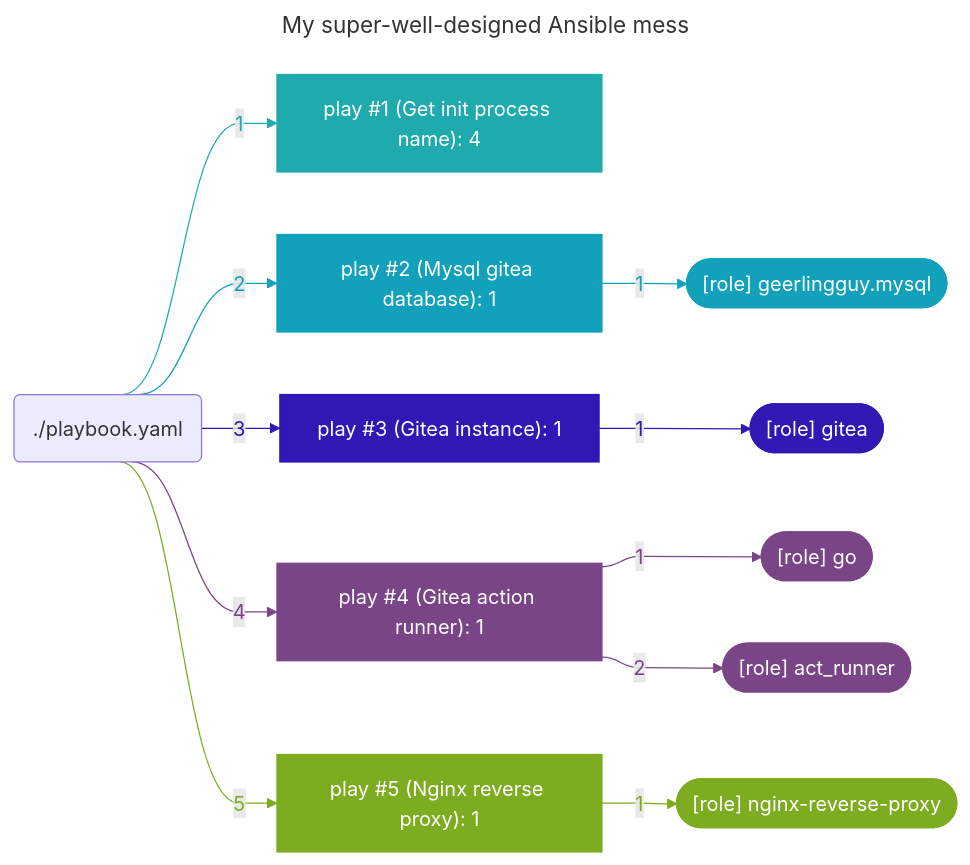
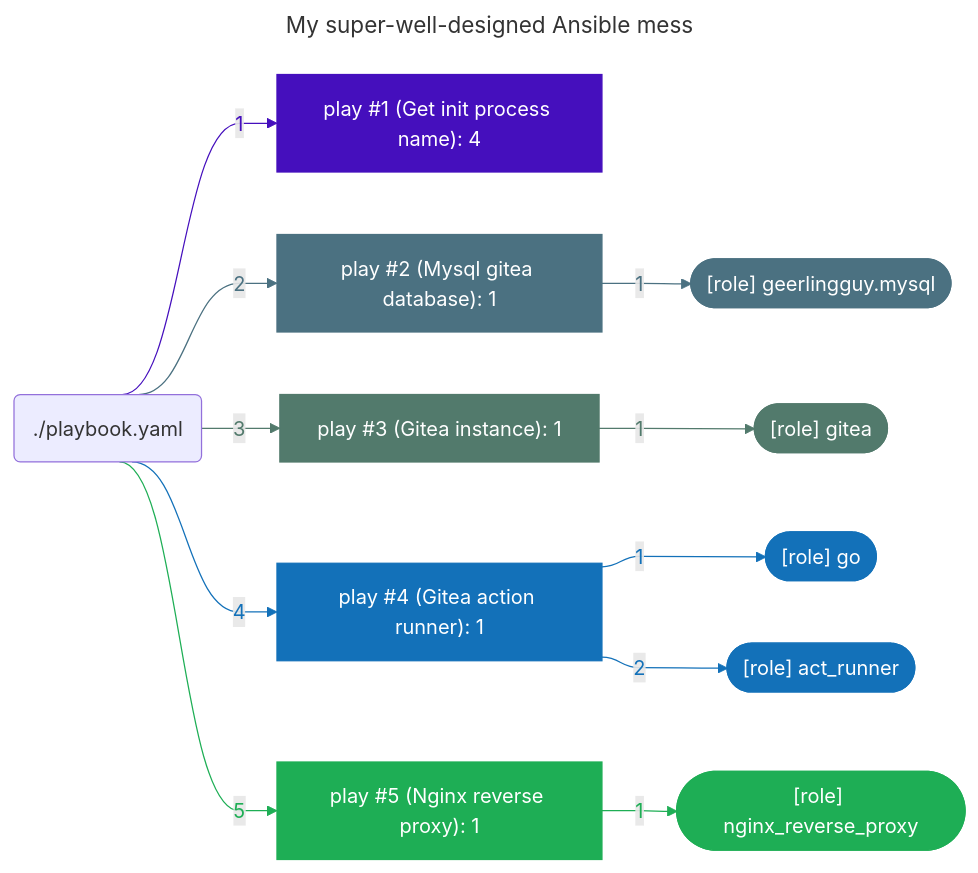
The third of 3 diagrams in README.md (boyreau/boyreau), drawn with Mermaid before and after one commit. The commit also changed other lines of this file, not shown here.

Commit message:
profile graph automatic update

````diff
--- a/README.md
+++ b/README.md
@@ -48,71 +94,71 @@
 ```mermaid
 ---
 title: "My super-well-designed Ansible mess"
 ---
 %%{ init: { "flowchart": { "curve": "bumpX" } } }%%
 flowchart LR
 	%% Start of the playbook './playbook.yaml'
-	playbook_5ab0c368("./playbook.yaml")
+	playbook_1f1583a3("./playbook.yaml")
 		%% Start of the play 'play #1 (Get init process name): 4'
-		play_7a2b1a52["play #1 (Get init process name): 4"]
-		style play_7a2b1a52 stroke:#1fabad,fill:#1fabad,color:#ffffff
-		playbook_5ab0c368 --> |"1"| play_7a2b1a52
-		linkStyle 0 stroke:#1fabad,color:#1fabad
+		play_66935978["play #1 (Get init process name): 4"]
+		style play_66935978 stroke:#450fbd,fill:#450fbd,color:#ffffff
+		playbook_1f1583a3 --> |"1"| play_66935978
+		linkStyle 0 stroke:#450fbd,color:#450fbd
 		%% End of the play 'play #1 (Get init process name): 4'
 		%% Start of the play 'play #2 (Mysql gitea database): 1'
-		play_05e8e6df["play #2 (Mysql gitea database): 1"]
-		style play_05e8e6df stroke:#11a1bb,fill:#11a1bb,color:#ffffff
-		playbook_5ab0c368 --> |"2"| play_05e8e6df
-		linkStyle 1 stroke:#11a1bb,color:#11a1bb
+		play_a13ce724["play #2 (Mysql gitea database): 1"]
+		style play_a13ce724 stroke:#4b7181,fill:#4b7181,color:#ffffff
+		playbook_1f1583a3 --> |"2"| play_a13ce724
+		linkStyle 1 stroke:#4b7181,color:#4b7181
 			%% Start of the role '[role] geerlingguy.mysql'
-			play_05e8e6df --> |"1 "| role_b706d36c
-			linkStyle 2 stroke:#11a1bb,color:#11a1bb
-			role_b706d36c(["[role] geerlingguy.mysql"])
-			style role_b706d36c fill:#11a1bb,color:#ffffff,stroke:#11a1bb
+			play_a13ce724 --> |"1 "| role_321ea4e3
+			linkStyle 2 stroke:#4b7181,color:#4b7181
+			role_321ea4e3(["[role] geerlingguy.mysql"])
+			style role_321ea4e3 fill:#4b7181,color:#ffffff,stroke:#4b7181
 			%% End of the role '[role] geerlingguy.mysql'
 		%% End of the play 'play #2 (Mysql gitea database): 1'
 		%% Start of the play 'play #3 (Gitea instance): 1'
-		play_9807b153["play #3 (Gitea instance): 1"]
-		style play_9807b153 stroke:#3018b4,fill:#3018b4,color:#ffffff
-		playbook_5ab0c368 --> |"3"| play_9807b153
-		linkStyle 3 stroke:#3018b4,color:#3018b4
+		play_c54bb46f["play #3 (Gitea instance): 1"]
+		style play_c54bb46f stroke:#527a6c,fill:#527a6c,color:#ffffff
+		playbook_1f1583a3 --> |"3"| play_c54bb46f
+		linkStyle 3 stroke:#527a6c,color:#527a6c
 			%% Start of the role '[role] gitea'
-			play_9807b153 --> |"1 "| role_d1c16844
-			linkStyle 4 stroke:#3018b4,color:#3018b4
-			role_d1c16844(["[role] gitea"])
-			style role_d1c16844 fill:#3018b4,color:#ffffff,stroke:#3018b4
+			play_c54bb46f --> |"1 "| role_d57423ee
+			linkStyle 4 stroke:#527a6c,color:#527a6c
+			role_d57423ee(["[role] gitea"])
+			style role_d57423ee fill:#527a6c,color:#ffffff,stroke:#527a6c
 			%% End of the role '[role] gitea'
 		%% End of the play 'play #3 (Gitea instance): 1'
 		%% Start of the play 'play #4 (Gitea action runner): 1'
-		play_3b628fc7["play #4 (Gitea action runner): 1"]
-		style play_3b628fc7 stroke:#7a4587,fill:#7a4587,color:#ffffff
-		playbook_5ab0c368 --> |"4"| play_3b628fc7
-		linkStyle 5 stroke:#7a4587,color:#7a4587
+		play_68d90d59["play #4 (Gitea action runner): 1"]
+		style play_68d90d59 stroke:#1371b9,fill:#1371b9,color:#ffffff
+		playbook_1f1583a3 --> |"4"| play_68d90d59
+		linkStyle 5 stroke:#1371b9,color:#1371b9
 			%% Start of the role '[role] go'
-			play_3b628fc7 --> |"1 "| role_5090f880
-			linkStyle 6 stroke:#7a4587,color:#7a4587
-			role_5090f880(["[role] go"])
-			style role_5090f880 fill:#7a4587,color:#ffffff,stroke:#7a4587
+			play_68d90d59 --> |"1 "| role_ed0afad2
+			linkStyle 6 stroke:#1371b9,color:#1371b9
+			role_ed0afad2(["[role] go"])
+			style role_ed0afad2 fill:#1371b9,color:#ffffff,stroke:#1371b9
 			%% End of the role '[role] go'
 			%% Start of the role '[role] act_runner'
-			play_3b628fc7 --> |"2 "| role_d278f23b
-			linkStyle 7 stroke:#7a4587,color:#7a4587
-			role_d278f23b(["[role] act_runner"])
-			style role_d278f23b fill:#7a4587,color:#ffffff,stroke:#7a4587
+			play_68d90d59 --> |"2 "| role_3d26f975
+			linkStyle 7 stroke:#1371b9,color:#1371b9
+			role_3d26f975(["[role] act_runner"])
+			style role_3d26f975 fill:#1371b9,color:#ffffff,stroke:#1371b9
 			%% End of the role '[role] act_runner'
 		%% End of the play 'play #4 (Gitea action runner): 1'
 		%% Start of the play 'play #5 (Nginx reverse proxy): 1'
-		play_9ea87add["play #5 (Nginx reverse proxy): 1"]
-		style play_9ea87add stroke:#7eac20,fill:#7eac20,color:#ffffff
-		playbook_5ab0c368 --> |"5"| play_9ea87add
-		linkStyle 8 stroke:#7eac20,color:#7eac20
-			%% Start of the role '[role] nginx-reverse-proxy'
-			play_9ea87add --> |"1 "| role_627a7854
-			linkStyle 9 stroke:#7eac20,color:#7eac20
-			role_627a7854(["[role] nginx-reverse-proxy"])
-			style role_627a7854 fill:#7eac20,color:#ffffff,stroke:#7eac20
-			%% End of the role '[role] nginx-reverse-proxy'
+		play_ed8e7ff6["play #5 (Nginx reverse proxy): 1"]
+		style play_ed8e7ff6 stroke:#1eae55,fill:#1eae55,color:#ffffff
+		playbook_1f1583a3 --> |"5"| play_ed8e7ff6
+		linkStyle 8 stroke:#1eae55,color:#1eae55
+			%% Start of the role '[role] nginx_reverse_proxy'
+			play_ed8e7ff6 --> |"1 "| role_0e60a90c
+			linkStyle 9 stroke:#1eae55,color:#1eae55
+			role_0e60a90c(["[role] nginx_reverse_proxy"])
+			style role_0e60a90c fill:#1eae55,color:#ffffff,stroke:#1eae55
+			%% End of the role '[role] nginx_reverse_proxy'
 		%% End of the play 'play #5 (Nginx reverse proxy): 1'
 	%% End of the playbook './playbook.yaml'
 
 ```
````
